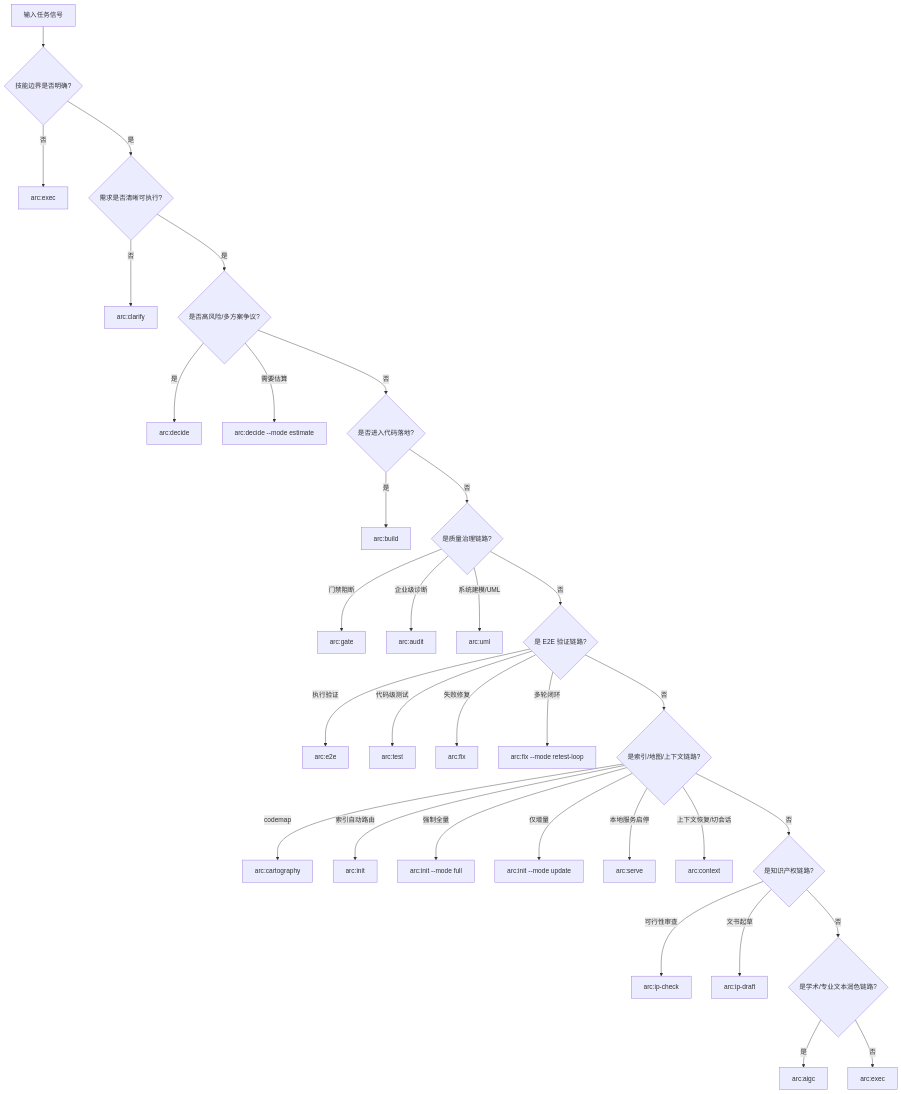
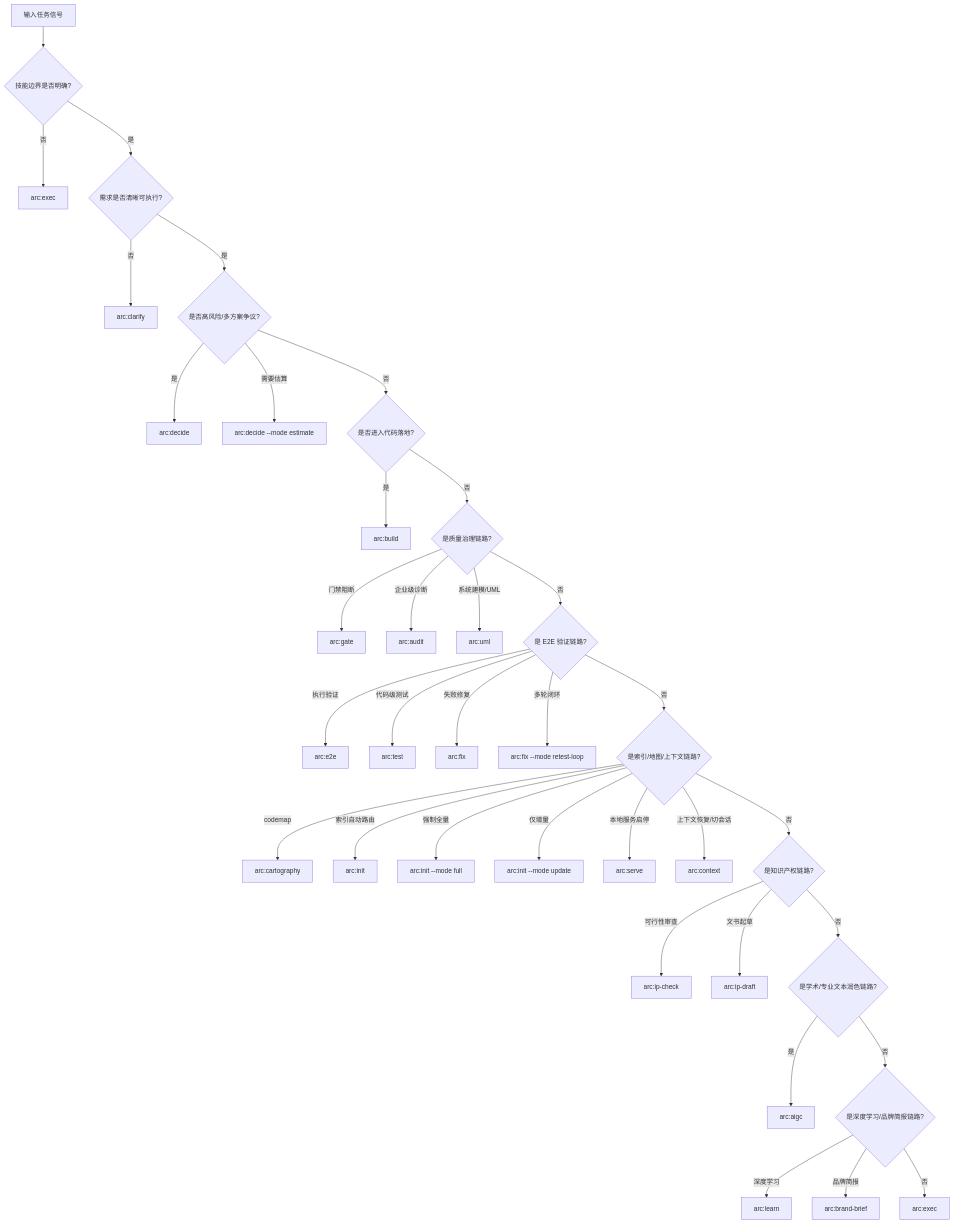
One commit to iwen-conf/Skills changed the diagram in docs/arc-routing-matrix.md. Above: the diagram before and after it, drawn with Mermaid. The commit also changed other lines of this file and 8 other files, not shown here.

First line of the commit message:
feat(arc): standardize self-call notation in UML and integrate brand-brief/learn skills into routing matrix

````diff
--- a/docs/arc-routing-matrix.md
+++ b/docs/arc-routing-matrix.md
@@ -39,34 +41,37 @@
 ```mermaid
 flowchart TD
     A["输入任务信号"] --> B{"技能边界是否明确?"}
     B -- "否" --> AG["arc:exec"]
     B -- "是" --> C{"需求是否清晰可执行?"}
     C -- "否" --> RF["arc:clarify"]
     C -- "是" --> D{"是否高风险/多方案争议?"}
     D -- "是" --> DL["arc:decide"]
     D -- "需要估算" --> EST["arc:decide --mode estimate"]
     D -- "否" --> E{"是否进入代码落地?"}
     E -- "是" --> IM["arc:build"]
     E -- "否" --> F{"是质量治理链路?"}
     F -- "门禁阻断" --> GT["arc:gate"]
     F -- "企业级诊断" --> RV["arc:audit"]
     F -- "系统建模/UML" --> UML["arc:uml"]
     F -- "否" --> G{"是 E2E 验证链路?"}
     G -- "执行验证" --> SM["arc:e2e"]
     G -- "代码级测试" --> UT["arc:test"]
     G -- "失败修复" --> TR["arc:fix"]
     G -- "多轮闭环" --> LP["arc:fix --mode retest-loop"]
     G -- "否" --> H{"是索引/地图/上下文链路?"}
     H -- "codemap" --> CT["arc:cartography"]
     H -- "索引自动路由" --> IN["arc:init"]
     H -- "强制全量" --> IF["arc:init --mode full"]
     H -- "仅增量" --> IU["arc:init --mode update"]
     H -- "本地服务启停" --> SV["arc:serve"]
     H -- "上下文恢复/切会话" --> CX["arc:context"]
     H -- "否" --> I{"是知识产权链路?"}
     I -- "可行性审查" --> IA["arc:ip-check"]
     I -- "文书起草" --> ID["arc:ip-draft"]
     I -- "否" --> J{"是学术/专业文本润色链路?"}
     J -- "是" --> AI["arc:aigc"]
-    J -- "否" --> AG2["arc:exec"]
+    J -- "否" --> K{"是深度学习/品牌简报链路?"}
+    K -- "深度学习" --> LN["arc:learn"]
+    K -- "品牌简报" --> BB["arc:brand-brief"]
+    K -- "否" --> AG2["arc:exec"]
 ```
````
